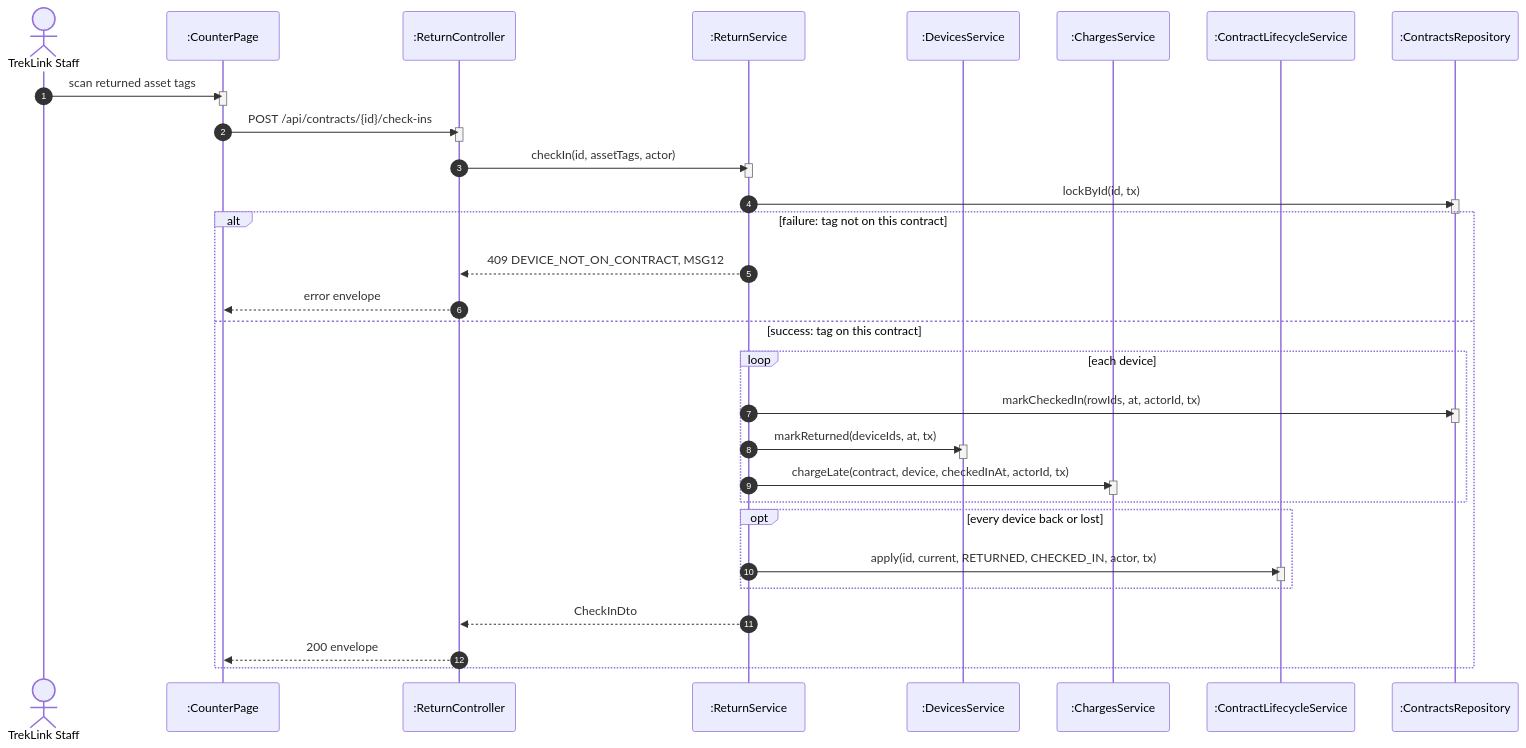
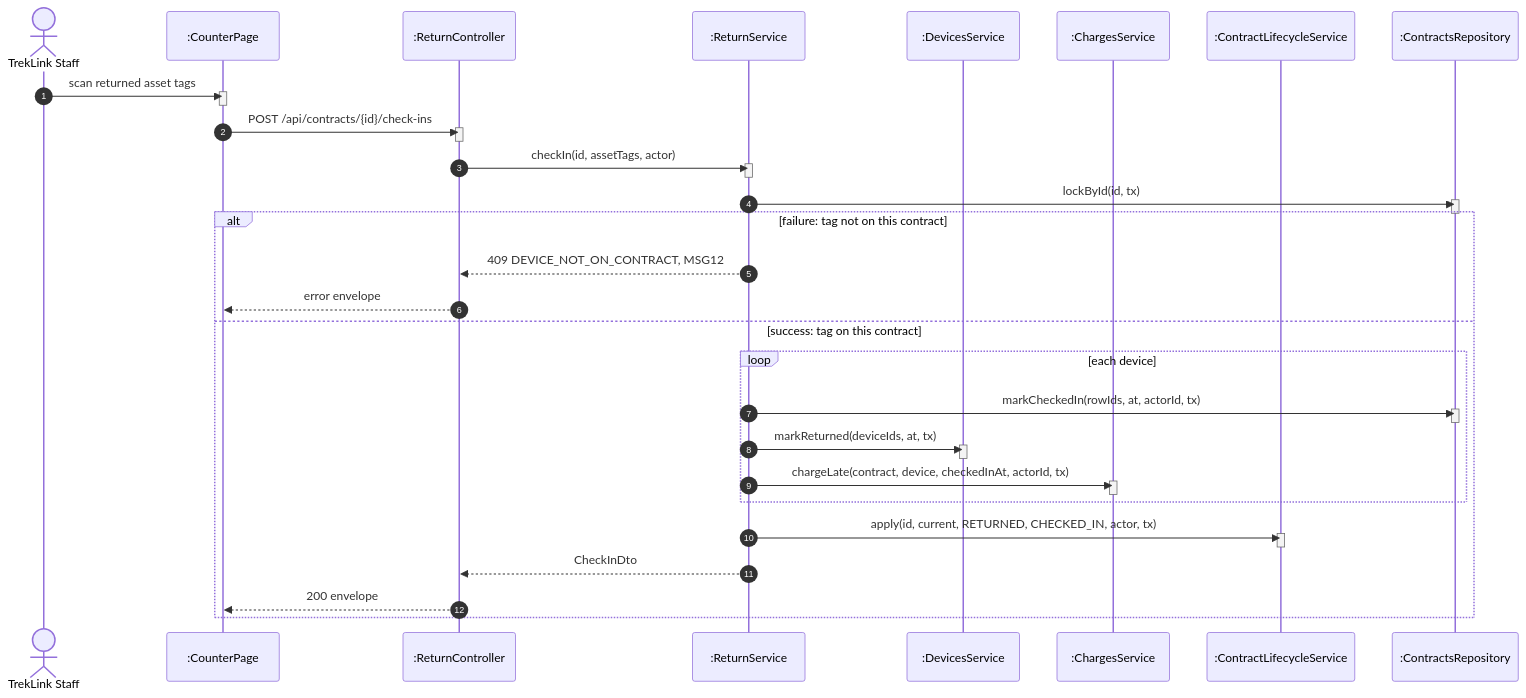
One commit to TrekLink-Team/treklink-web changed diagram 21 of 29 in specs/rentals/design.md. Above: the diagram before and after it, drawn with Mermaid. The commit also changed other lines of this file and 2 other files, not shown here.

````diff
--- a/specs/rentals/design.md
+++ b/specs/rentals/design.md
@@ -806,47 +806,45 @@
 ```mermaid
 sequenceDiagram
     autonumber
     actor St as TrekLink Staff
     participant P as :CounterPage
     participant C as :ReturnController
     participant S as :ReturnService
     participant D as :DevicesService
     participant Ch as :ChargesService
     participant L as :ContractLifecycleService
     participant R as :ContractsRepository
     St->>P: scan returned asset tags
     activate P
     deactivate P
     P->>C: POST /api/contracts/{id}/check-ins
     activate C
     deactivate C
     C->>S: checkIn(id, assetTags, actor)
     activate S
     deactivate S
     S->>R: lockById(id, tx)
     activate R
     deactivate R
     alt failure: tag not on this contract
         S-->>C: 409 DEVICE_NOT_ON_CONTRACT, MSG12
         C-->>P: error envelope
     else success: tag on this contract
         loop each device
             S->>R: markCheckedIn(rowIds, at, actorId, tx)
             activate R
             deactivate R
             S->>D: markReturned(deviceIds, at, tx)
             activate D
             deactivate D
             S->>Ch: chargeLate(contract, device, checkedInAt, actorId, tx)
             activate Ch
             deactivate Ch
         end
-        opt every device back or lost
-            S->>L: apply(id, current, RETURNED, CHECKED_IN, actor, tx)
-            activate L
-            deactivate L
-        end
+        S->>L: apply(id, current, RETURNED, CHECKED_IN, actor, tx)
+        activate L
+        deactivate L
         S-->>C: CheckInDto
         C-->>P: 200 envelope
     end
 ```
````
